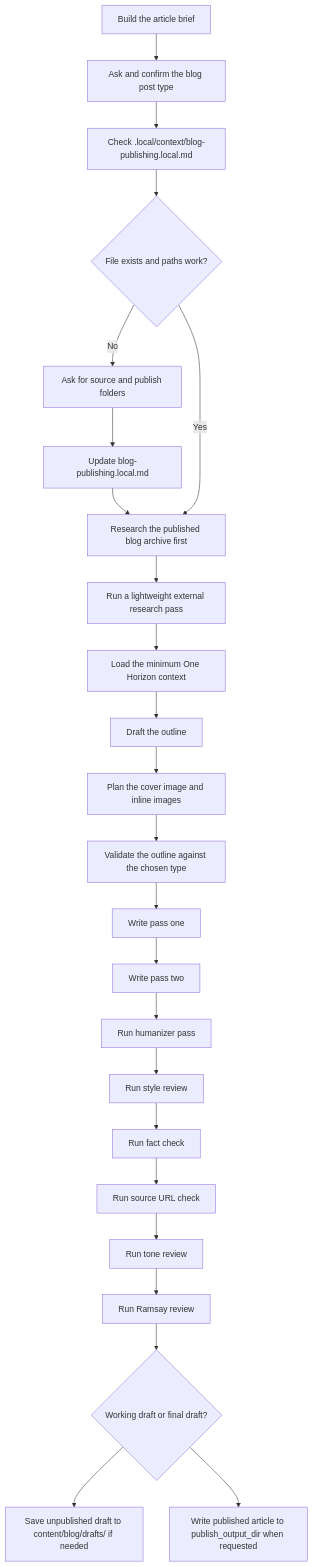
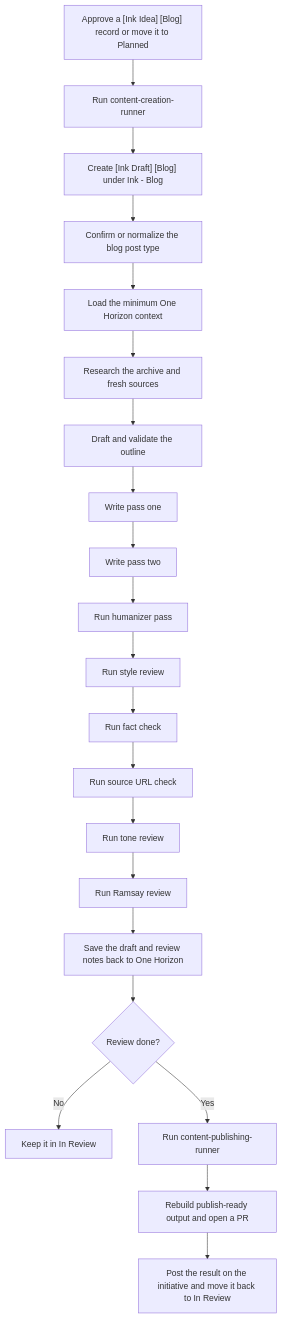
Before and after one commit to onehorizonai/ink: the third of 4 diagrams in README.md, drawn with Mermaid. The commit also changed other lines of this file, not shown here.

Commit message:
Add README Mermaid workflows for idea selection and publishing (#14)

````diff
--- a/README.md
+++ b/README.md
@@ -268,26 +285,23 @@
 ```mermaid
 flowchart TD
-    A["Build the article brief"] --> B["Ask and confirm the blog post type"]
-    B --> C["Check .local/context/blog-publishing.local.md"]
-    C --> D{"File exists and paths work?"}
-    D -- "No" --> E["Ask for source and publish folders"]
-    E --> F["Update blog-publishing.local.md"]
-    F --> G["Research the published blog archive first"]
-    D -- "Yes" --> G
-    G --> H["Run a lightweight external research pass"]
-    H --> I["Load the minimum One Horizon context"]
-    I --> J["Draft the outline"]
-    J --> K["Plan the cover image and inline images"]
-    K --> L["Validate the outline against the chosen type"]
-    L --> M["Write pass one"]
-    M --> N["Write pass two"]
-    N --> O["Run humanizer pass"]
-    O --> P["Run style review"]
-    P --> Q["Run fact check"]
-    Q --> R["Run source URL check"]
-    R --> S["Run tone review"]
-    S --> T["Run Ramsay review"]
-    T --> U{"Working draft or final draft?"}
-    U --> V["Save unpublished draft to content/blog/drafts/ if needed"]
-    U --> W["Write published article to publish_output_dir when requested"]
+    A["Approve a [Ink Idea] [Blog] record or move it to Planned"] --> B["Run content-creation-runner"]
+    B --> C["Create [Ink Draft] [Blog] under Ink - Blog"]
+    C --> D["Confirm or normalize the blog post type"]
+    D --> E["Load the minimum One Horizon context"]
+    E --> F["Research the archive and fresh sources"]
+    F --> G["Draft and validate the outline"]
+    G --> H["Write pass one"]
+    H --> I["Write pass two"]
+    I --> J["Run humanizer pass"]
+    J --> K["Run style review"]
+    K --> L["Run fact check"]
+    L --> M["Run source URL check"]
+    M --> N["Run tone review"]
+    N --> O["Run Ramsay review"]
+    O --> P["Save the draft and review notes back to One Horizon"]
+    P --> Q{"Review done?"}
+    Q -- "No" --> R["Keep it in In Review"]
+    Q -- "Yes" --> S["Run content-publishing-runner"]
+    S --> T["Rebuild publish-ready output and open a PR"]
+    T --> U["Post the result on the initiative and move it back to In Review"]
 ```
````
